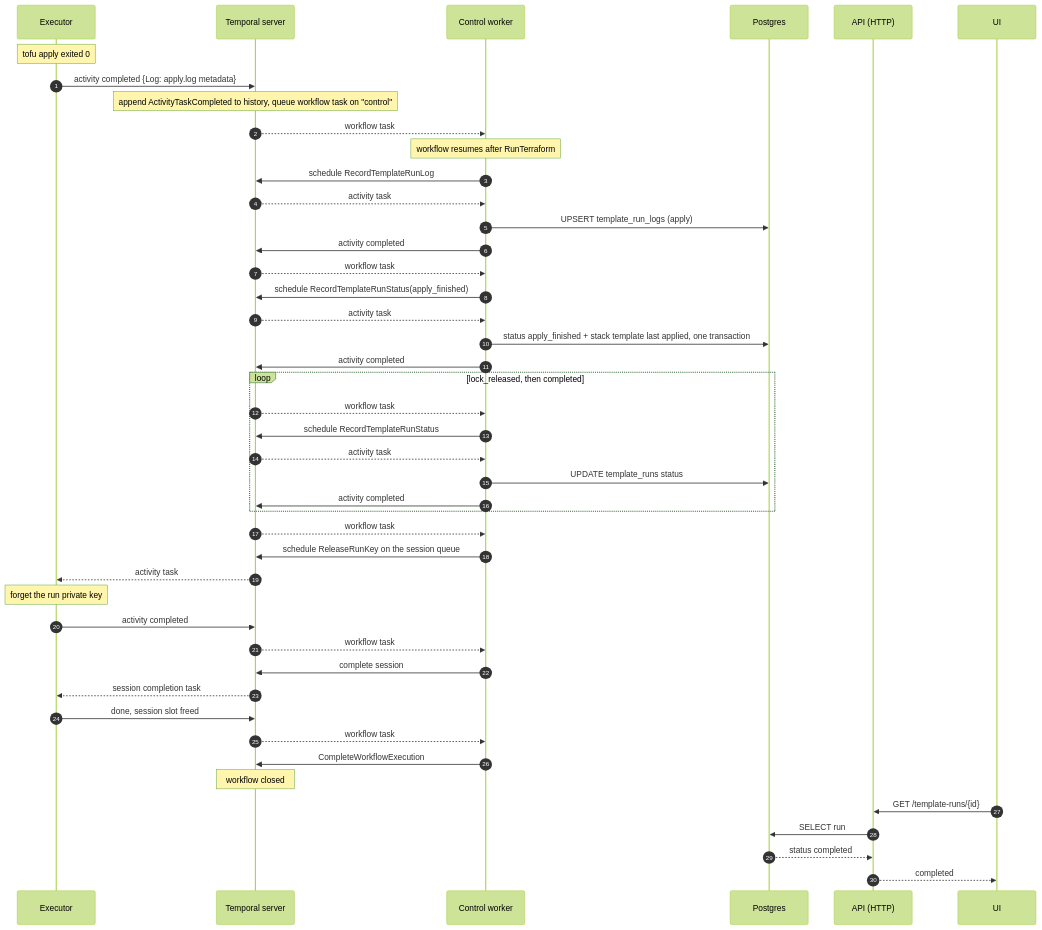
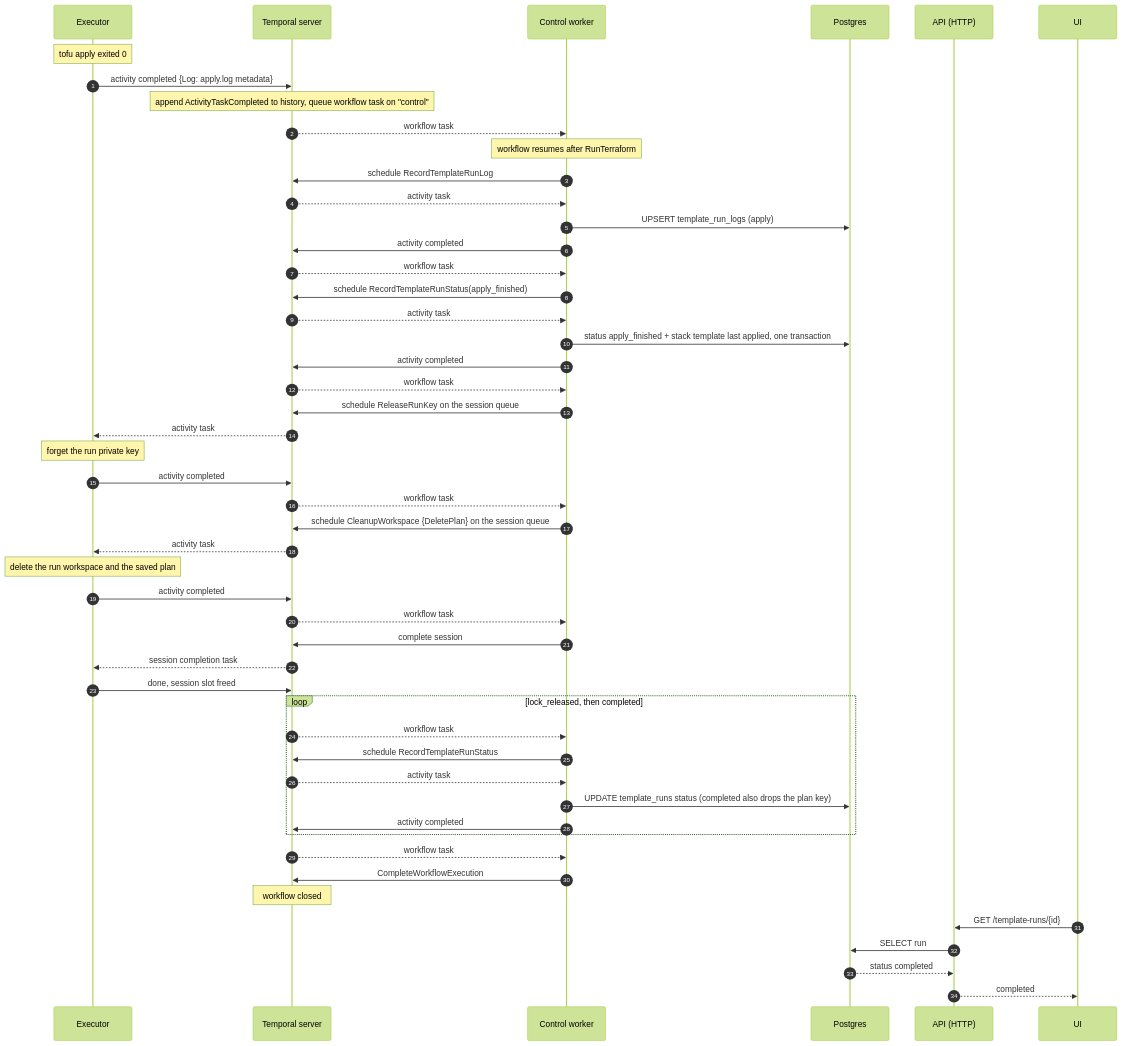
One commit to vishu42/tflive changed the third of 4 diagrams in docs/apply-run-sequence.md. Above: the diagram before and after it, drawn with Mermaid (forest theme). The commit also changed other lines of this file and 63 other files, not shown here.

First line of the commit message:
feat: apply the saved plan someone approved

````diff
--- a/docs/apply-run-sequence.md
+++ b/docs/apply-run-sequence.md
@@ -111,55 +130,61 @@
 ```mermaid
 sequenceDiagram
     autonumber
     participant EX as Executor
     participant T as Temporal server
     participant CW as Control worker
     participant PG as Postgres
     participant API as API (HTTP)
     participant UI
 
     Note over EX: tofu apply exited 0
     EX->>T: activity completed {Log: apply.log metadata}
     Note over T: append ActivityTaskCompleted to history, queue workflow task on "control"
 
     T-->>CW: workflow task
     Note over CW: workflow resumes after RunTerraform
     CW->>T: schedule RecordTemplateRunLog
     T-->>CW: activity task
     CW->>PG: UPSERT template_run_logs (apply)
     CW->>T: activity completed
 
     T-->>CW: workflow task
     CW->>T: schedule RecordTemplateRunStatus(apply_finished)
     T-->>CW: activity task
     CW->>PG: status apply_finished + stack template last applied, one transaction
     CW->>T: activity completed
 
-    loop lock_released, then completed
-        T-->>CW: workflow task
-        CW->>T: schedule RecordTemplateRunStatus
-        T-->>CW: activity task
-        CW->>PG: UPDATE template_runs status
-        CW->>T: activity completed
-    end
-
     T-->>CW: workflow task
     CW->>T: schedule ReleaseRunKey on the session queue
     T-->>EX: activity task
     Note over EX: forget the run private key
     EX->>T: activity completed
 
     T-->>CW: workflow task
+    CW->>T: schedule CleanupWorkspace {DeletePlan} on the session queue
+    T-->>EX: activity task
+    Note over EX: delete the run workspace and the saved plan
+    EX->>T: activity completed
+
+    T-->>CW: workflow task
     CW->>T: complete session
     T-->>EX: session completion task
     EX->>T: done, session slot freed
+
+    loop lock_released, then completed
+        T-->>CW: workflow task
+        CW->>T: schedule RecordTemplateRunStatus
+        T-->>CW: activity task
+        CW->>PG: UPDATE template_runs status (completed also drops the plan key)
+        CW->>T: activity completed
+    end
 
     T-->>CW: workflow task
     CW->>T: CompleteWorkflowExecution
     Note over T: workflow closed
 
     UI->>API: GET /template-runs/{id}
     API->>PG: SELECT run
     PG-->>API: status completed
     API-->>UI: completed
 ```
````
